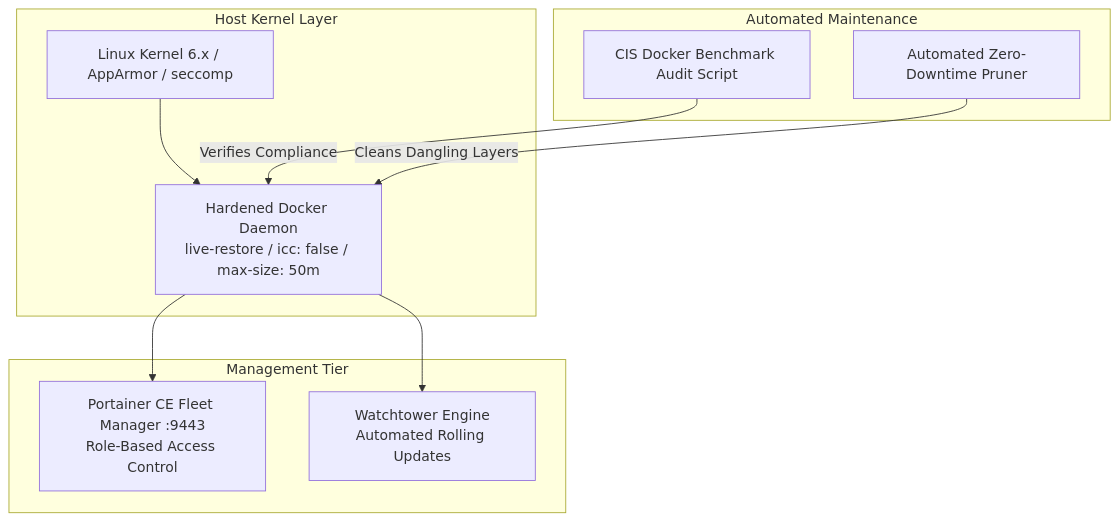
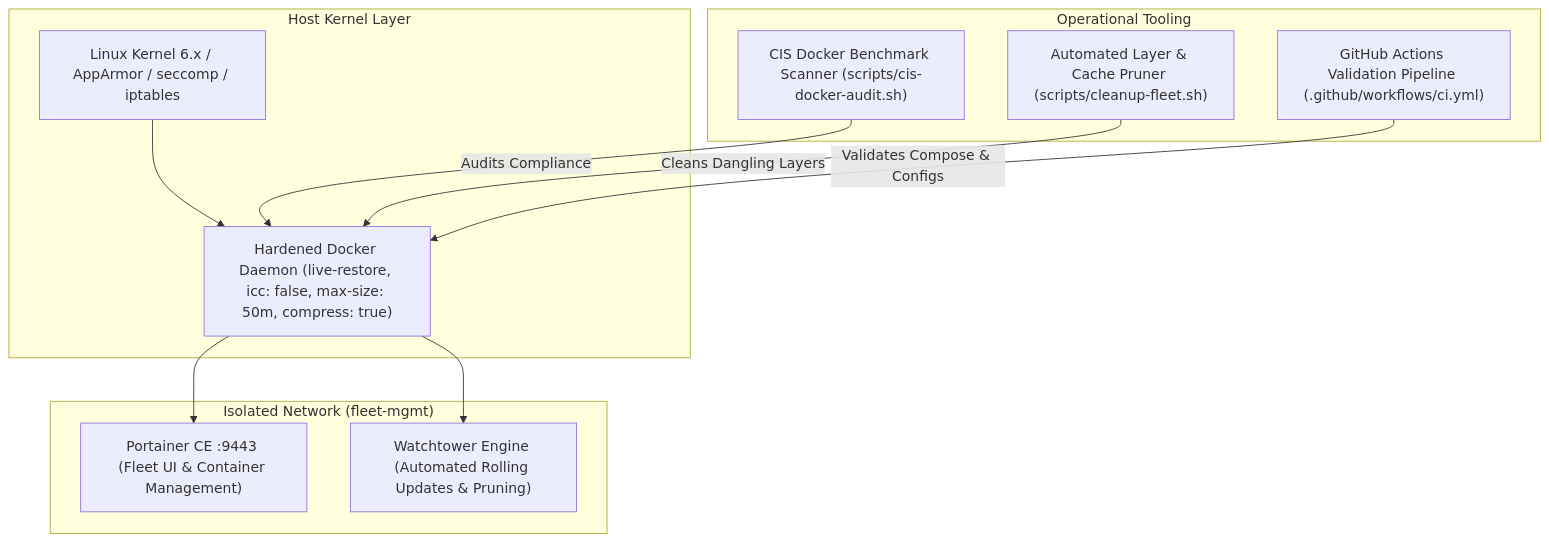
The diagram in README.md (Aryan-136/docker-infrastructure), drawn with Mermaid before and after one commit. The commit also changed other lines of this file and 6 other files, not shown here.

Commit message:
feat(infra): harden compose stack, fix socket permissions, enhance CIS audit & cleanup scripts, add CI workflow

````diff
--- a/README.md
+++ b/README.md
@@ -14,23 +15,25 @@
 ```mermaid
 flowchart TD
     subgraph Host Kernel Layer
-        Kernel[Linux Kernel 6.x / AppArmor / seccomp]
-        Daemon[Hardened Docker Daemon<br/>live-restore / icc: false / max-size: 50m]
+        Kernel["Linux Kernel 6.x / AppArmor / seccomp / iptables"]
+        Daemon["Hardened Docker Daemon (live-restore, icc: false, max-size: 50m, compress: true)"]
     end
 
-    subgraph Management Tier
-        Portainer[Portainer CE Fleet Manager :9443<br/>Role-Based Access Control]
-        Watchtower[Watchtower Engine<br/>Automated Rolling Updates]
+    subgraph Isolated Bridge Network ["Isolated Network (fleet-mgmt)"]
+        Portainer["Portainer CE :9443 (Fleet UI & Container Management)"]
+        Watchtower["Watchtower Engine (Automated Rolling Updates & Pruning)"]
     end
 
-    subgraph Automated Maintenance
-        AuditScript[CIS Docker Benchmark Audit Script]
-        PruneScript[Automated Zero-Downtime Pruner]
+    subgraph Operational Tooling
+        AuditScript["CIS Docker Benchmark Scanner (scripts/cis-docker-audit.sh)"]
+        PruneScript["Automated Layer & Cache Pruner (scripts/cleanup-fleet.sh)"]
+        CI["GitHub Actions Validation Pipeline (.github/workflows/ci.yml)"]
     end
 
     Kernel --> Daemon
     Daemon --> Portainer
     Daemon --> Watchtower
-    AuditScript -->|Verifies Compliance| Daemon
+    AuditScript -->|Audits Compliance| Daemon
     PruneScript -->|Cleans Dangling Layers| Daemon
+    CI -->|Validates Compose & Configs| Daemon
 ```
````
